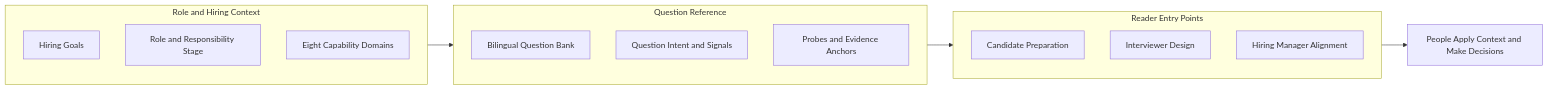
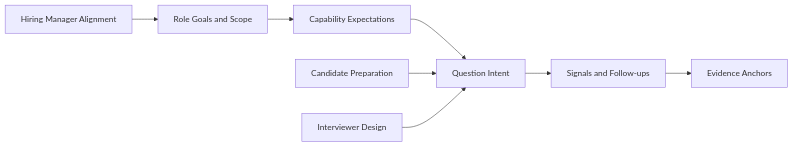
One commit to Liyuk/liyuk.github.io changed the second of 2 diagrams in src/content/projects/2026/10/interview-compass/en.md. Above: the diagram before and after it, drawn with Mermaid. The commit also changed other lines of this file and 4 other files, not shown here.

````diff
--- a/src/content/projects/2026/10/interview-compass/en.md
+++ b/src/content/projects/2026/10/interview-compass/en.md
@@ -89,24 +112,10 @@
 ```mermaid
 flowchart LR
-    subgraph Inputs[Role and Hiring Context]
-        direction TB
-        I1[Hiring Goals]
-        I2[Role and Responsibility Stage]
-        I3[Eight Capability Domains]
-    end
-    subgraph Library[Question Reference]
-        direction TB
-        Q1[Bilingual Question Bank]
-        Q2[Question Intent and Signals]
-        Q3[Probes and Evidence Anchors]
-    end
-    subgraph Entry[Reader Entry Points]
-        direction TB
-        E1[Candidate Preparation]
-        E2[Interviewer Design]
-        E3[Hiring Manager Alignment]
-    end
-    Inputs --> Library
-    Library --> Entry
-    Entry --> O[People Apply Context and Make Decisions]
+    A[Role Goals and Scope] --> B[Capability Expectations]
+    B --> C[Question Intent]
+    C --> D[Signals and Follow-ups]
+    D --> E[Evidence Anchors]
+    F[Candidate Preparation] --> C
+    G[Interviewer Design] --> C
+    H[Hiring Manager Alignment] --> A
 ```
````
